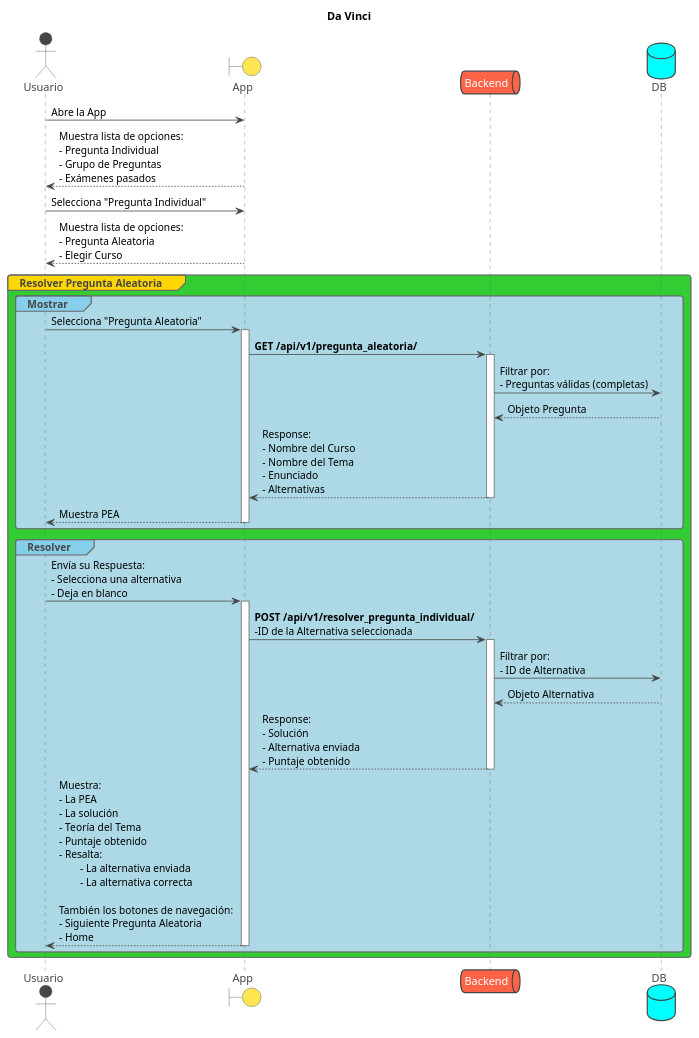
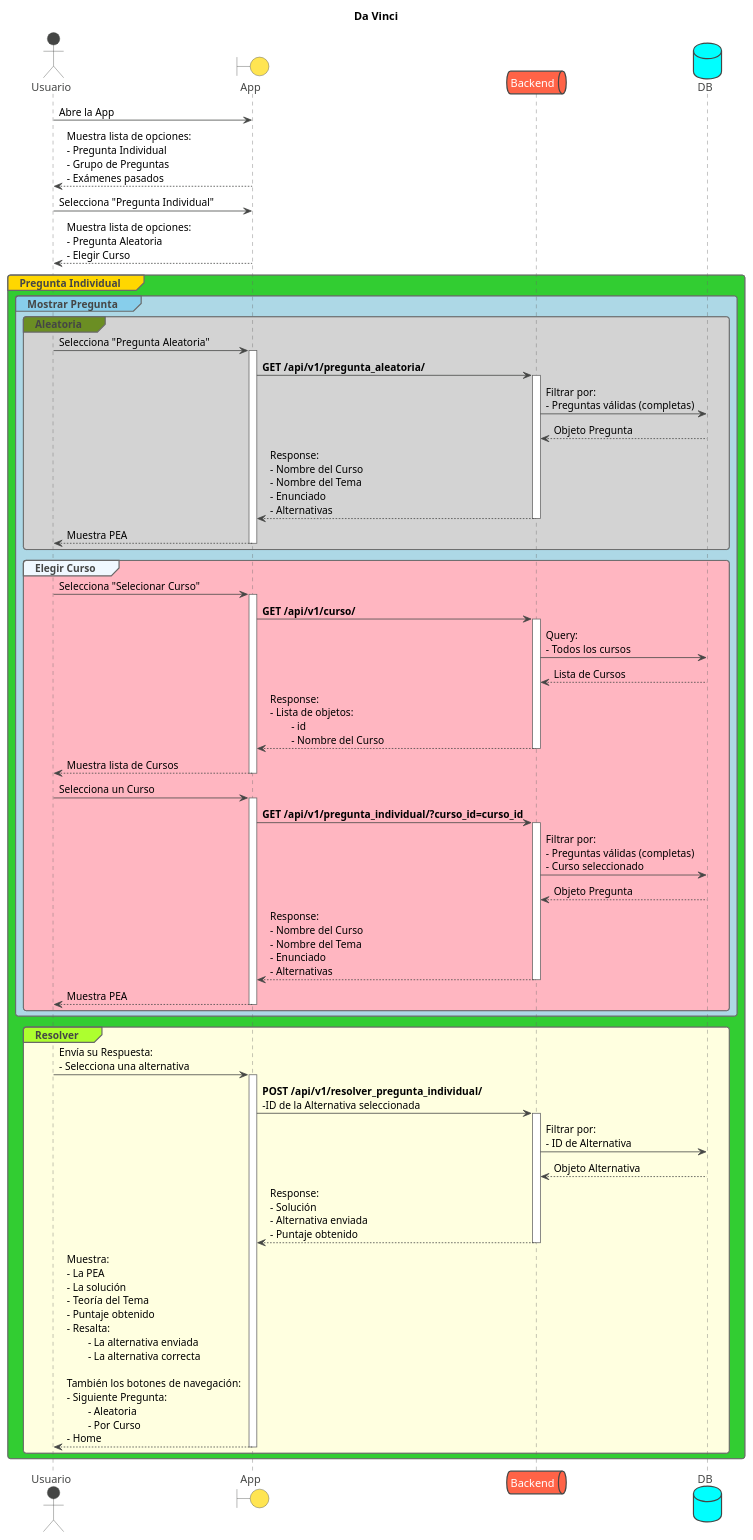
Before and after one commit to SrFuego/da-vinci: the diagram in docs/connections/interactions.wsd, drawn with PlantUML. The commit also changed 1 other file, not shown here.

Commit message:
ADD diagrama de interacciones por Curso

```diff
--- a/docs/connections/interactions.wsd
+++ b/docs/connections/interactions.wsd
@@ -1,43 +1,69 @@
 @startuml Da Vinci
 !theme vibrant
 
 title Da Vinci
 
 actor Usuario
 boundary App
 queue Backend
 database DB
 
 
 Usuario -> App: Abre la App
 Usuario <-- App: Muestra lista de opciones: \n- Pregunta Individual \n- Grupo de Preguntas \n- Exámenes pasados
 Usuario -> App: Selecciona "Pregunta Individual"
 Usuario <-- App: Muestra lista de opciones: \n- Pregunta Aleatoria \n- Elegir Curso
 
-group#Gold  #LimeGreen Resolver Pregunta Aleatoria
-group#SkyBlue #LightBlue Mostrar
-Usuario -> App: Selecciona "Pregunta Aleatoria"
-activate App
-App -> Backend: **GET /api/v1/pregunta_aleatoria/**
-activate Backend
-Backend -> DB: Filtrar por: \n- Preguntas válidas (completas)
-Backend <-- DB: Objeto Pregunta
-App <-- Backend: Response: \n- Nombre del Curso \n- Nombre del Tema \n- Enunciado \n- Alternativas
-deactivate Backend
-Usuario <-- App: Muestra PEA
-deactivate App
-end
-group#SkyBlue #LightBlue Resolver
-Usuario -> App: Envía su Respuesta: \n- Selecciona una alternativa \n- Deja en blanco
-activate App
-App -> Backend: **POST /api/v1/resolver_pregunta_individual/** \n-ID de la Alternativa seleccionada
-activate Backend
-Backend -> DB: Filtrar por: \n- ID de Alternativa
-Backend <-- DB: Objeto Alternativa
-App <-- Backend: Response: \n- Solución \n- Alternativa enviada \n- Puntaje obtenido
-deactivate Backend
-Usuario <-- App: Muestra: \n- La PEA \n- La solución \n- Teoría del Tema \n- Puntaje obtenido \n- Resalta: \n\t- La alternativa enviada \n\t- La alternativa correcta \n\nTambién los botones de navegación: \n- Siguiente Pregunta Aleatoria \n- Home
-deactivate App
-end
+group#Gold  #LimeGreen Pregunta Individual
+    group#SkyBlue #LightBlue Mostrar Pregunta
+        group#OliveDrab #LightGray Aleatoria
+            Usuario -> App: Selecciona "Pregunta Aleatoria"
+            activate App
+                App -> Backend: **GET /api/v1/pregunta_aleatoria/**
+                activate Backend
+                    Backend -> DB: Filtrar por: \n- Preguntas válidas (completas)
+                    Backend <-- DB: Objeto Pregunta
+                    App <-- Backend: Response: \n- Nombre del Curso \n- Nombre del Tema \n- Enunciado \n- Alternativas
+                deactivate Backend
+                Usuario <-- App: Muestra PEA
+            deactivate App
+        end
+
+        group#AliceBlue #LightPink Elegir Curso
+            Usuario -> App: Selecciona "Selecionar Curso"
+            activate App
+                App -> Backend: **GET /api/v1/curso/**
+                activate Backend
+                    Backend -> DB: Query: \n- Todos los cursos
+                    Backend <-- DB: Lista de Cursos
+                    App <-- Backend: Response: \n- Lista de objetos:\n\t- id \n\t- Nombre del Curso 
+                deactivate Backend
+                Usuario <-- App: Muestra lista de Cursos
+            deactivate App
+            Usuario -> App: Selecciona un Curso
+            activate App
+                App -> Backend: **GET /api/v1/pregunta_individual/?curso_id=curso_id**
+                activate Backend
+                    Backend -> DB: Filtrar por: \n- Preguntas válidas (completas)\n- Curso seleccionado
+                    Backend <-- DB: Objeto Pregunta
+                    App <-- Backend: Response: \n- Nombre del Curso \n- Nombre del Tema \n- Enunciado \n- Alternativas
+                deactivate Backend
+                Usuario <-- App: Muestra PEA
+            deactivate App
+        end
+    end
+
+    group#GreenYellow #LightYellow Resolver
+        Usuario -> App: Envía su Respuesta: \n- Selecciona una alternativa
+        activate App
+            App -> Backend: **POST /api/v1/resolver_pregunta_individual/** \n-ID de la Alternativa seleccionada
+            activate Backend
+                Backend -> DB: Filtrar por: \n- ID de Alternativa
+                Backend <-- DB: Objeto Alternativa
+                App <-- Backend: Response: \n- Solución \n- Alternativa enviada \n- Puntaje obtenido
+            deactivate Backend
+            Usuario <-- App: Muestra: \n- La PEA \n- La solución \n- Teoría del Tema \n- Puntaje obtenido \n- Resalta: \n\t- La alternativa enviada \n\t- La alternativa correcta \n\nTambién los botones de navegación: \n- Siguiente Pregunta:\n\t- Aleatoria\n\t- Por Curso \n- Home
+        deactivate App
+    end
 end
 @enduml
```
